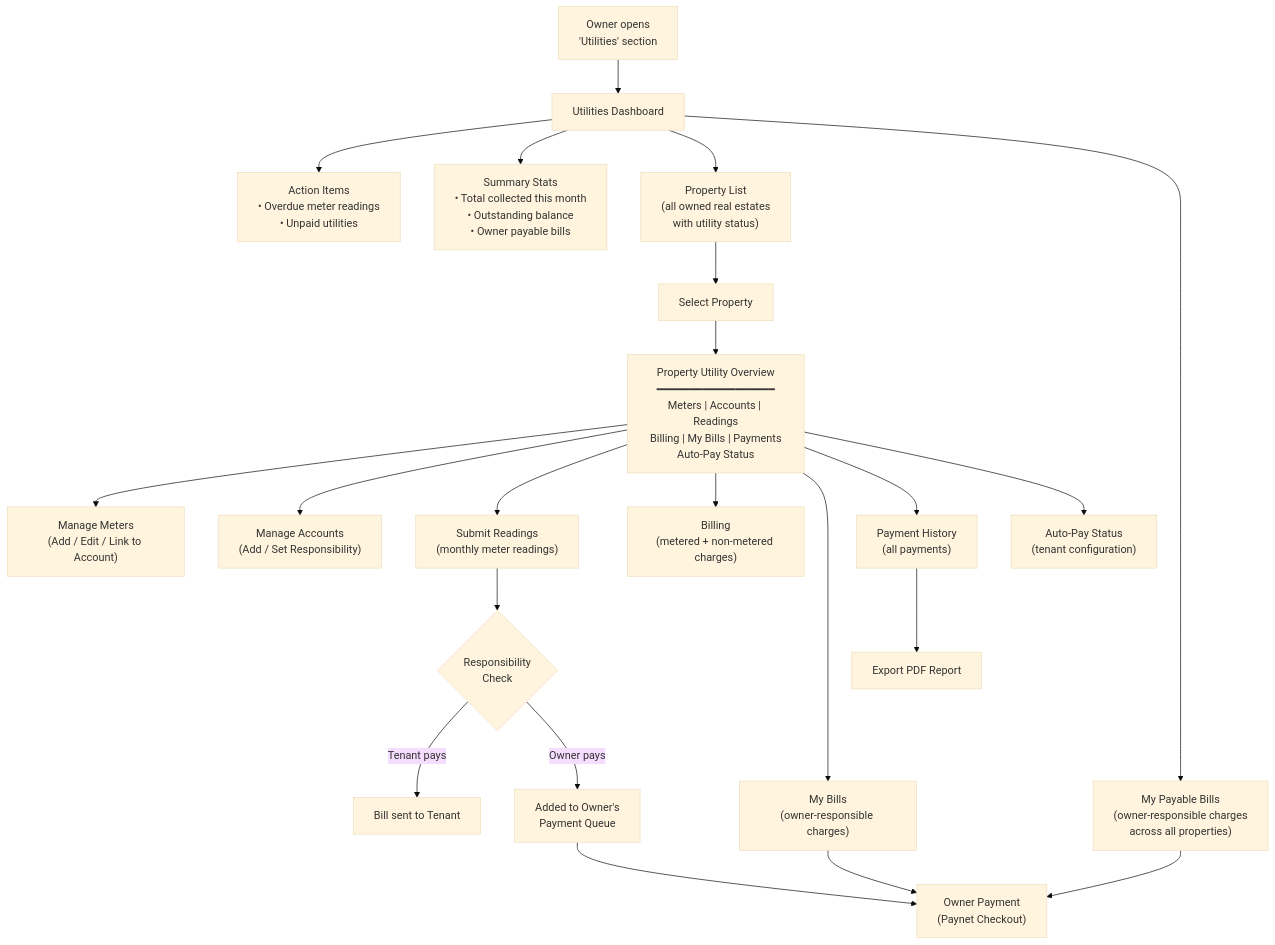
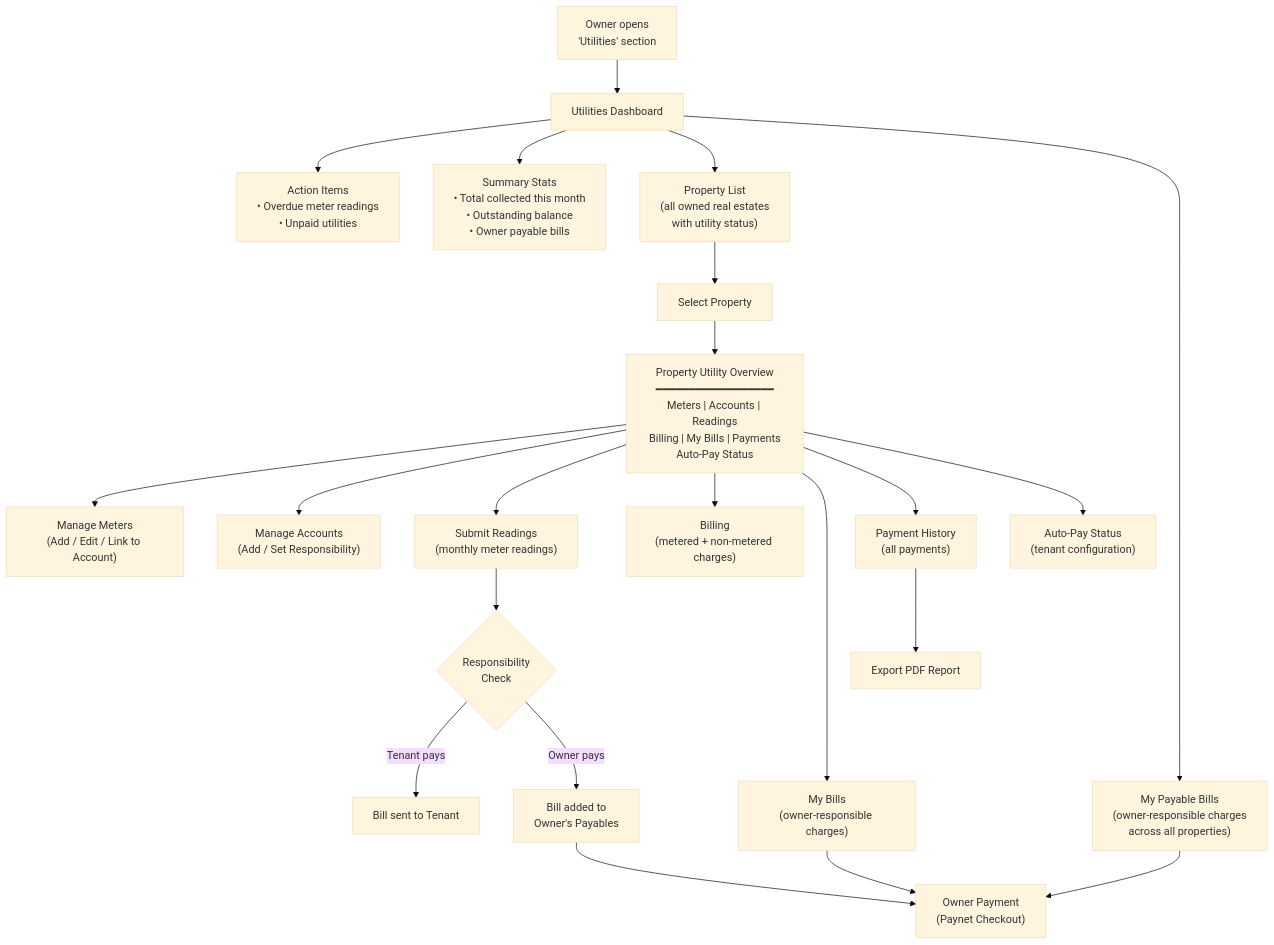
The first of 11 diagrams in Utilities - Business Owner.md (saodatm-dev/Utilities---Informational-Architecture), drawn with Mermaid (base theme) before and after one commit. The commit also changed other lines of this file, not shown here.

Commit message:
feat: Add non-metered settlement flow documentation and update owner bill terminology from 'Payment Queue' to 'Payables'.

````diff
--- a/Utilities - Business Owner.md
+++ b/Utilities - Business Owner.md
@@ -29,31 +29,31 @@
 ```mermaid
 flowchart TD
     START["Owner opens<br/>'Utilities' section"] --> DASHBOARD["Utilities Dashboard"]
 
     DASHBOARD --> ALERTS["Action Items<br/>• Overdue meter readings<br/>• Unpaid utilities"]
     DASHBOARD --> STATS["Summary Stats<br/>• Total collected this month<br/>• Outstanding balance<br/>• Owner payable bills"]
     DASHBOARD --> PROP_LIST["Property List<br/>(all owned real estates<br/>with utility status)"]
     DASHBOARD --> OWNER_BILLS["My Payable Bills<br/>(owner-responsible charges<br/>across all properties)"]
 
     PROP_LIST --> SELECT_PROP["Select Property"]
 
     SELECT_PROP --> PROP_VIEW["Property Utility Overview<br/>━━━━━━━━━━━━━━━━━━<br/>Meters | Accounts | Readings<br/>Billing | My Bills | Payments<br/>Auto-Pay Status"]
 
     PROP_VIEW --> METERS["Manage Meters<br/>(Add / Edit / Link to Account)"]
     PROP_VIEW --> ACCOUNTS["Manage Accounts<br/>(Add / Set Responsibility)"]
     PROP_VIEW --> READINGS["Submit Readings<br/>(monthly meter readings)"]
     PROP_VIEW --> BILLING["Billing<br/>(metered + non-metered charges)"]
     PROP_VIEW --> MY_BILLS["My Bills<br/>(owner-responsible charges)"]
     PROP_VIEW --> PAYMENTS["Payment History<br/>(all payments)"]
     PROP_VIEW --> AUTOPAY["Auto-Pay Status<br/>(tenant configuration)"]
 
     READINGS --> ROUTE{"Responsibility<br/>Check"}
     ROUTE -->|"Tenant pays"| TENANT_BILL["Bill sent to Tenant"]
-    ROUTE -->|"Owner pays"| OWNER_QUEUE["Added to Owner's<br/>Payment Queue"]
+    ROUTE -->|"Owner pays"| OWNER_QUEUE["Bill added to<br/>Owner's Payables"]
 
     OWNER_BILLS --> OWNER_PAY["Owner Payment<br/>(Paynet Checkout)"]
     OWNER_QUEUE --> OWNER_PAY
     MY_BILLS --> OWNER_PAY
 
     PAYMENTS --> EXPORT["Export PDF Report"]
 ```
````
